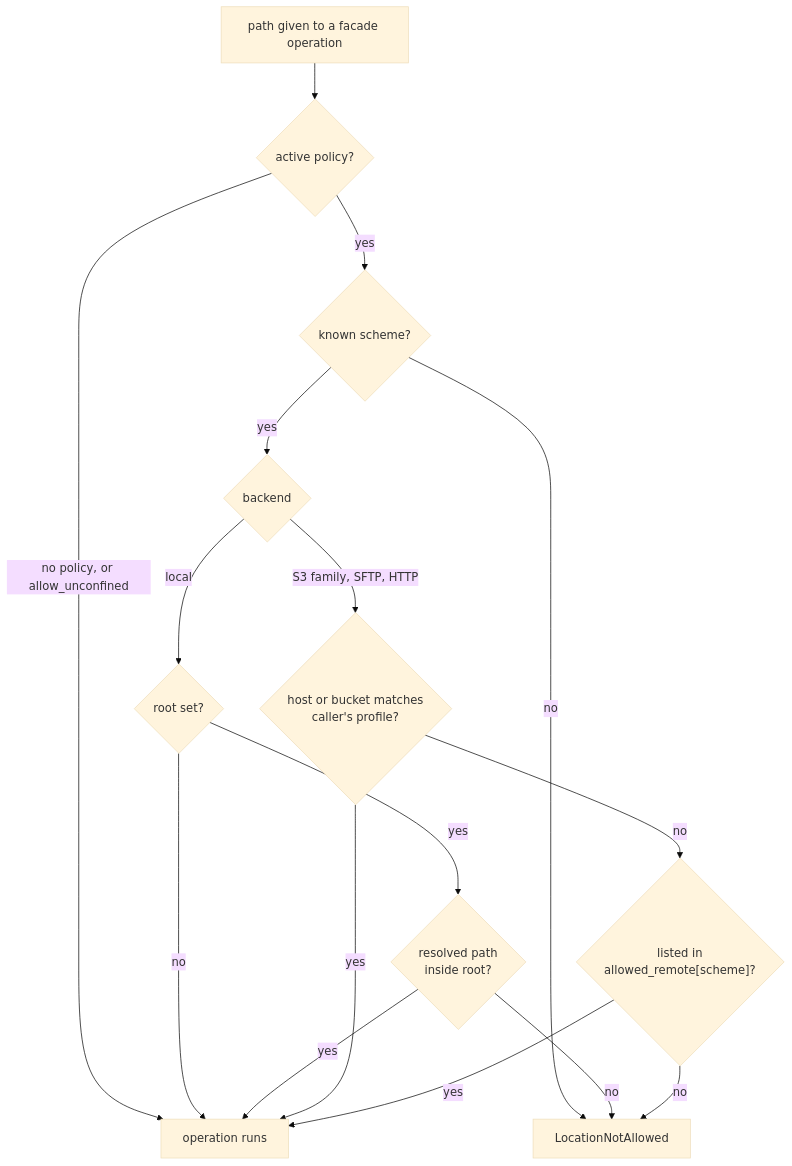
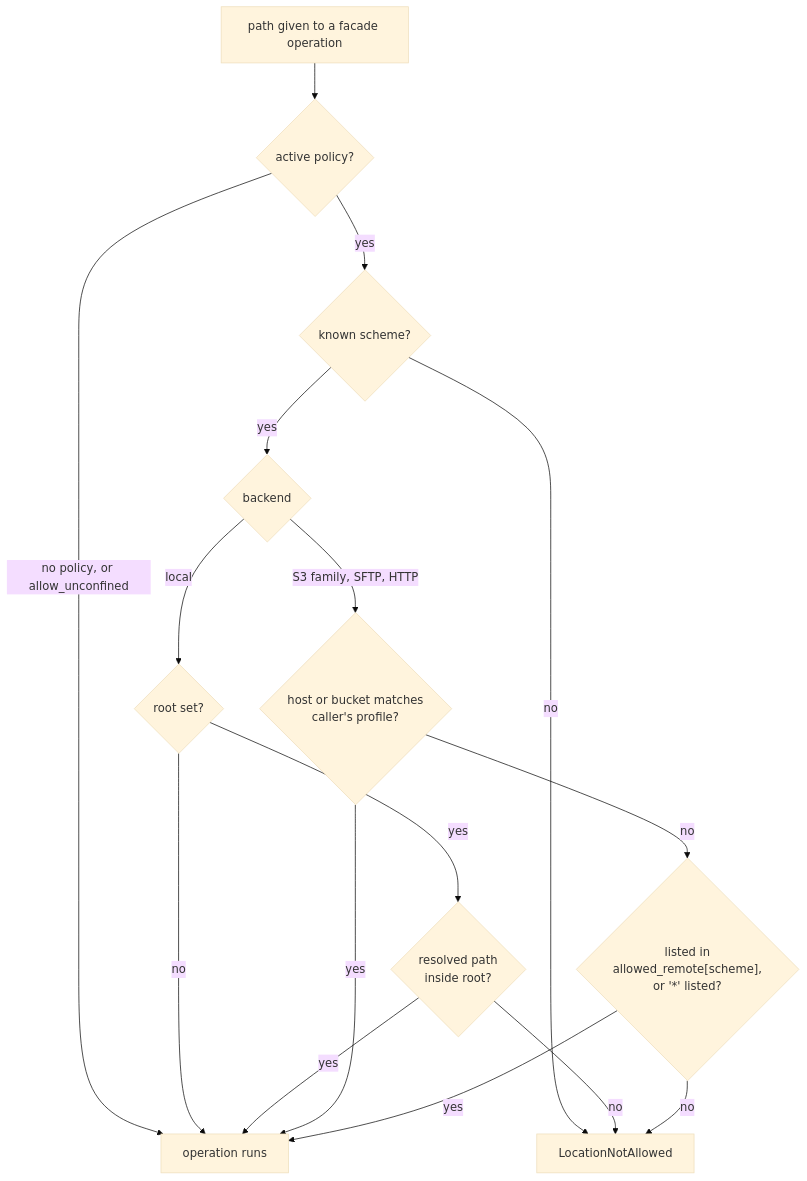
The diagram in docs-site/site/docs/chapters/08-location-policy/index.md (mountainash-io/mountainash-transport), drawn with Mermaid (base theme) before and after one commit. The commit also changed other lines of this file and 7 other files, not shown here.

````diff
--- a/docs-site/site/docs/chapters/08-location-policy/index.md
+++ b/docs-site/site/docs/chapters/08-location-policy/index.md
@@ -27,18 +27,18 @@
 ```mermaid
 flowchart TD
     P["path given to a facade operation"] --> A{"active policy?"}
     A -->|"no policy, or allow_unconfined"| OK["operation runs"]
     A -->|yes| K{"known scheme?"}
     K -->|no| X["LocationNotAllowed"]
     K -->|yes| B{"backend"}
     B -->|local| R{"root set?"}
     R -->|no| OK
     R -->|yes| IN{"resolved path<br/>inside root?"}
     IN -->|yes| OK
     IN -->|no| X
     B -->|"S3 family, SFTP, HTTP"| PH{"host or bucket matches<br/>caller's profile?"}
     PH -->|yes| OK
-    PH -->|no| AL{"listed in<br/>allowed_remote[scheme]?"}
+    PH -->|no| AL{"listed in<br/>allowed_remote[scheme],<br/>or '*' listed?"}
     AL -->|yes| OK
     AL -->|no| X
 ```
````
